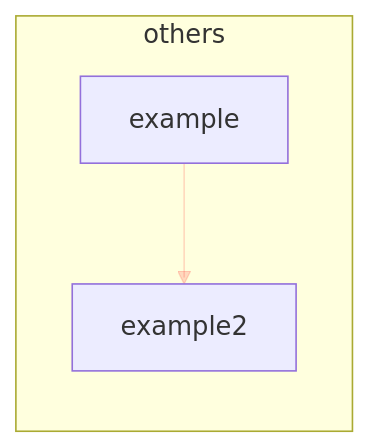
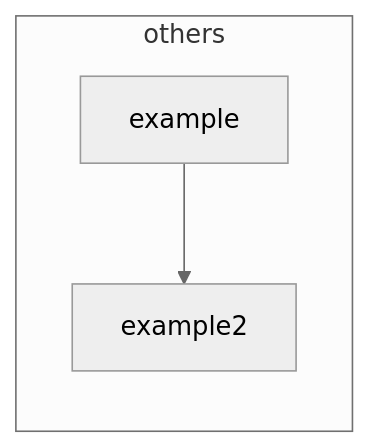
The diagram in example/README.md (iurysza/module-graph), drawn with Mermaid before and after one commit. The commit also changed 7 other files, not shown here.

````diff
--- a/example/README.md
+++ b/example/README.md
@@ -2,22 +2,14 @@
 ```mermaid
 %%{
   init: {
-    'theme': 'light',
-    'themeVariables': {
-      'primaryColor': '#C4C7B300',
-      'primaryTextColor': '#fff',
-      'primaryBorderColor': '#7C0000',
-      'lineColor': '#FF2F2F2F',
-      'secondaryColor': '#006100',
-      'tertiaryColor': '#fff'
-    }
+    'theme': 'neutral'
   }
 }%%
 
 graph LR
   subgraph others
     example
     example2
   end
   example --> example2
 ```
````
